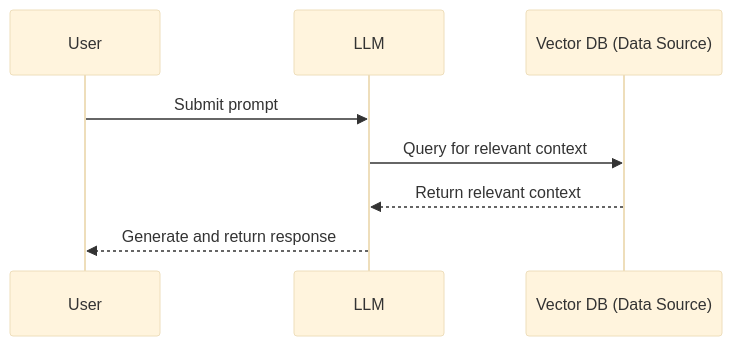
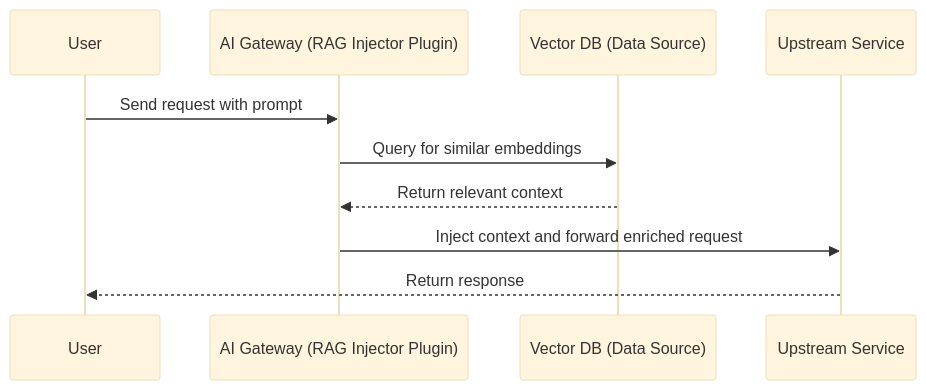
Before and after one commit to Kong/developer.konghq.com: the first of 2 diagrams in app/_kong_plugins/ai-rag-injector/index.md, drawn with Mermaid (base theme). The commit also changed other lines of this file, not shown here.

Commit message:
Update diagram

```diff
--- a/app/_kong_plugins/ai-rag-injector/index.md
+++ b/app/_kong_plugins/ai-rag-injector/index.md
@@ -112,11 +112,13 @@
 {% mermaid %}
 sequenceDiagram
     participant User
-    participant LLM
+    participant AIGateway as AI Gateway (RAG Injector Plugin)
     participant VectorDB as Vector DB (Data Source)
+    participant Upstream as Upstream Service
 
-    User->>LLM: Submit prompt
-    LLM->>VectorDB: Query for relevant context
-    VectorDB-->>LLM: Return relevant context
-    LLM-->>User: Generate and return response
+    User->>AIGateway: Send request with prompt
+    AIGateway->>VectorDB: Query for similar embeddings
+    VectorDB-->>AIGateway: Return relevant context
+    AIGateway->>Upstream: Inject context and forward enriched request
+    Upstream-->>User: Return response
 {% endmermaid %}
```
